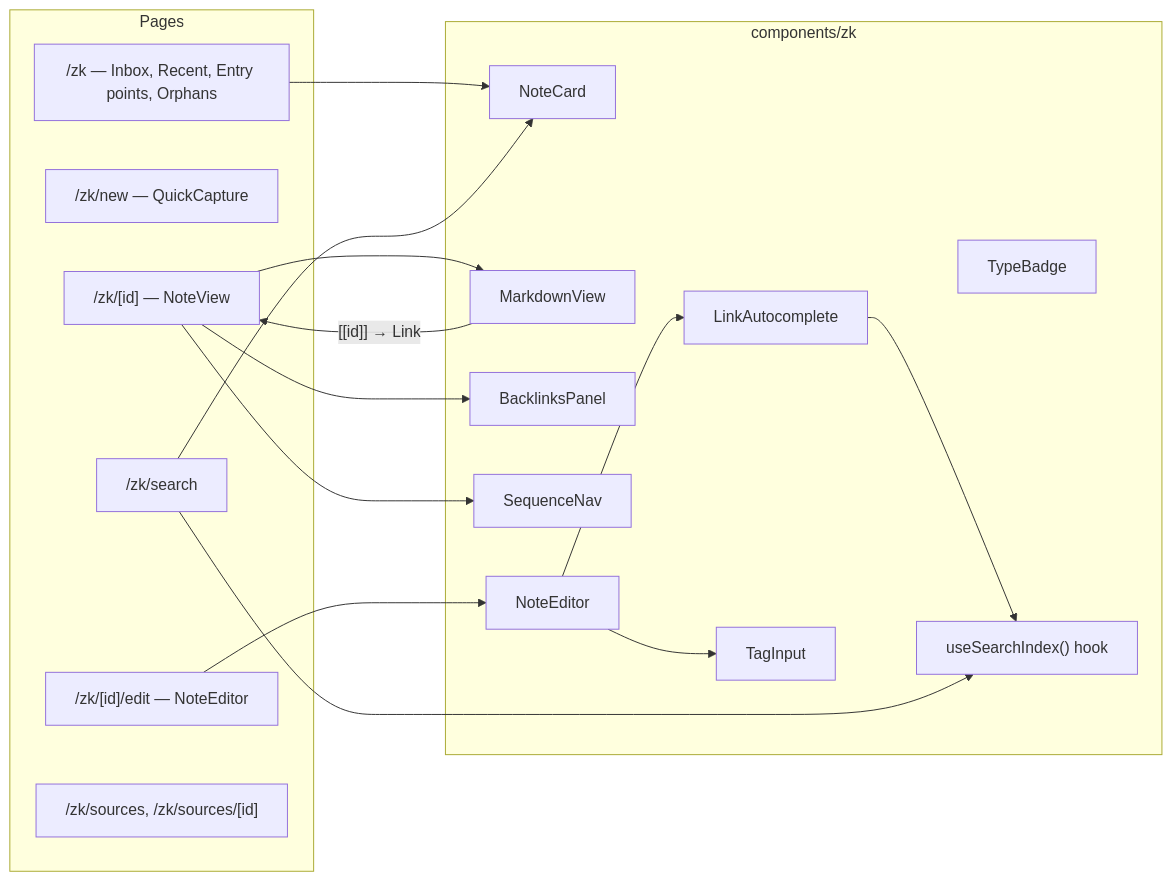
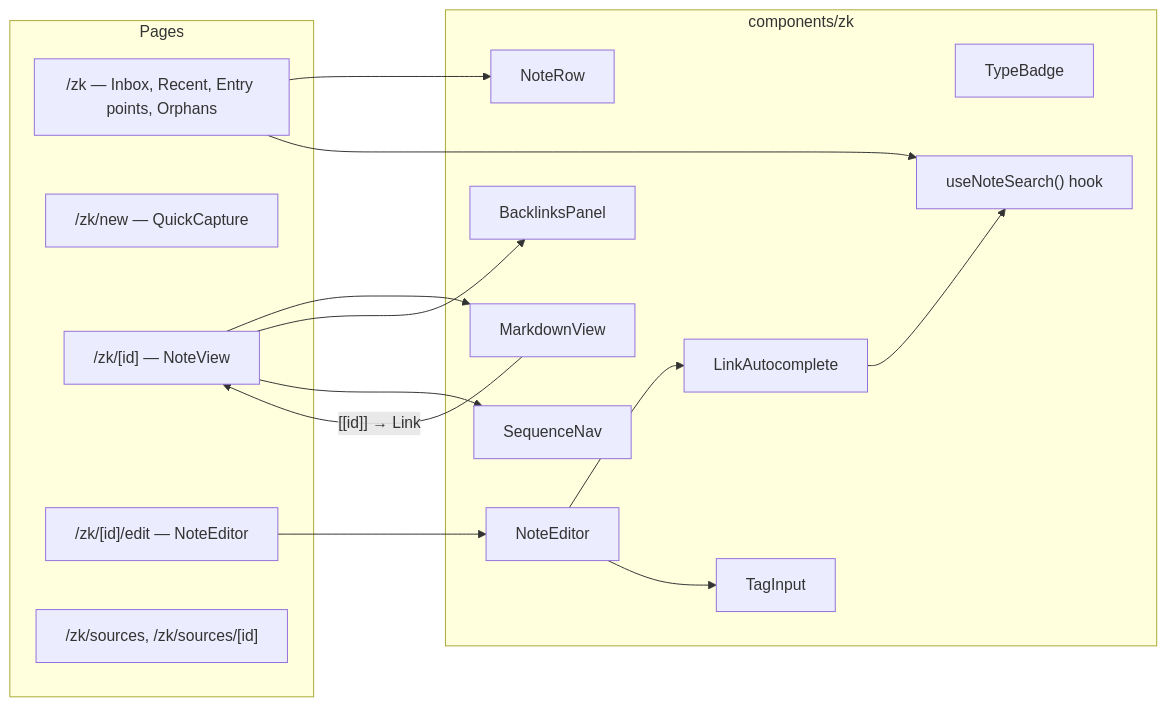
One commit to Parthgrow/revision-app changed the tenth of 10 diagrams in docs/zettelkasten-lld.md. Above: the diagram before and after it, drawn with Mermaid. The commit also changed other lines of this file and 43 other files, not shown here.

````diff
--- a/docs/zettelkasten-lld.md
+++ b/docs/zettelkasten-lld.md
@@ -612,35 +618,33 @@
 ```mermaid
 flowchart LR
   subgraph Pages
     Home["/zk — Inbox, Recent, Entry points, Orphans"]
     New["/zk/new — QuickCapture"]
     View["/zk/[id] — NoteView"]
     Edit["/zk/[id]/edit — NoteEditor"]
-    Search["/zk/search"]
     Sources["/zk/sources, /zk/sources/[id]"]
   end
 
   subgraph components/zk
-    NoteCard
+    NoteRow
     MarkdownView
     BacklinksPanel
     SequenceNav
     NoteEditor
     LinkAutocomplete
     TypeBadge
     TagInput
-    useSearchIndex["useSearchIndex() hook"]
+    useNoteSearch["useNoteSearch() hook"]
   end
 
-  Home --> NoteCard
+  Home --> NoteRow
   View --> MarkdownView
   View --> BacklinksPanel
   View --> SequenceNav
   Edit --> NoteEditor
   NoteEditor --> LinkAutocomplete
   NoteEditor --> TagInput
-  LinkAutocomplete --> useSearchIndex
-  Search --> useSearchIndex
-  Search --> NoteCard
+  LinkAutocomplete --> useNoteSearch
+  Home --> useNoteSearch
   MarkdownView -->|"[[id]] → Link"| View
 ```
````
